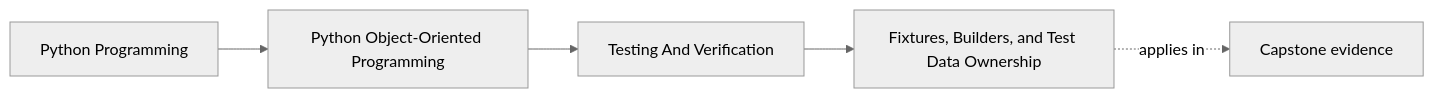
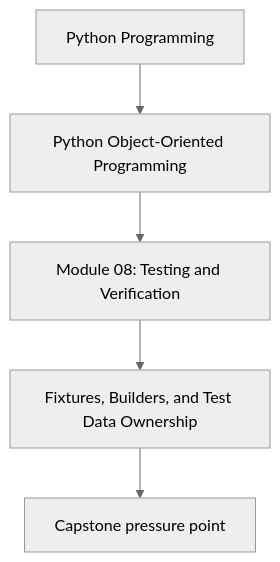
Before and after one commit to bijux/bijux-masterclass: the first of 2 diagrams in programs/python-programming/python-object-oriented-programming/course-book/module-08-testing-and-verification/fixtures-builders-and-test-data-ownership.md, drawn with Mermaid (neutral theme). The commit also changed other lines of this file and 107 other files, not shown here.

Commit message:
docs(python-object-oriented-programming): align concept page diagrams

````diff
--- a/programs/python-programming/python-object-oriented-programming/course-book/module-08-testing-and-verification/fixtures-builders-and-test-data-ownership.md
+++ b/programs/python-programming/python-object-oriented-programming/course-book/module-08-testing-and-verification/fixtures-builders-and-test-data-ownership.md
@@ -7,11 +7,7 @@
 ```mermaid
-graph LR
-  family["Python Programming"]
-  program["Python Object-Oriented Programming"]
-  section["Testing And Verification"]
-  page["Fixtures, Builders, and Test Data Ownership"]
-  capstone["Capstone evidence"]
-
-  family --> program --> section --> page
-  page -.applies in.-> capstone
+flowchart TD
+  family["Python Programming"] --> program["Python Object-Oriented Programming"]
+  program --> module["Module 08: Testing and Verification"]
+  module --> concept["Fixtures, Builders, and Test Data Ownership"]
+  concept --> capstone["Capstone pressure point"]
 ```
````
